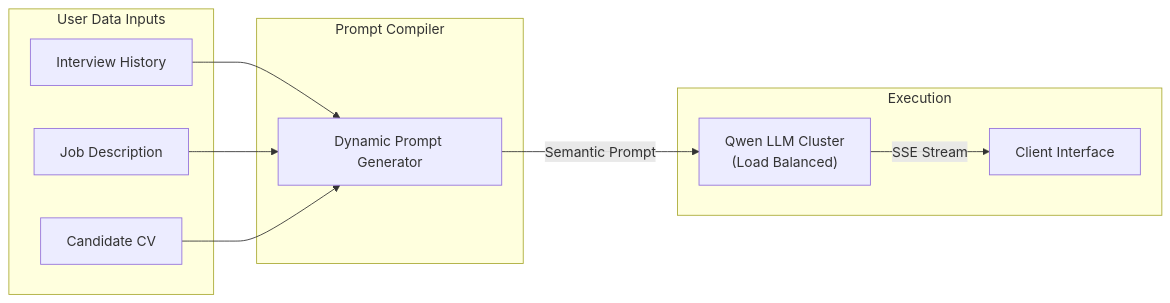
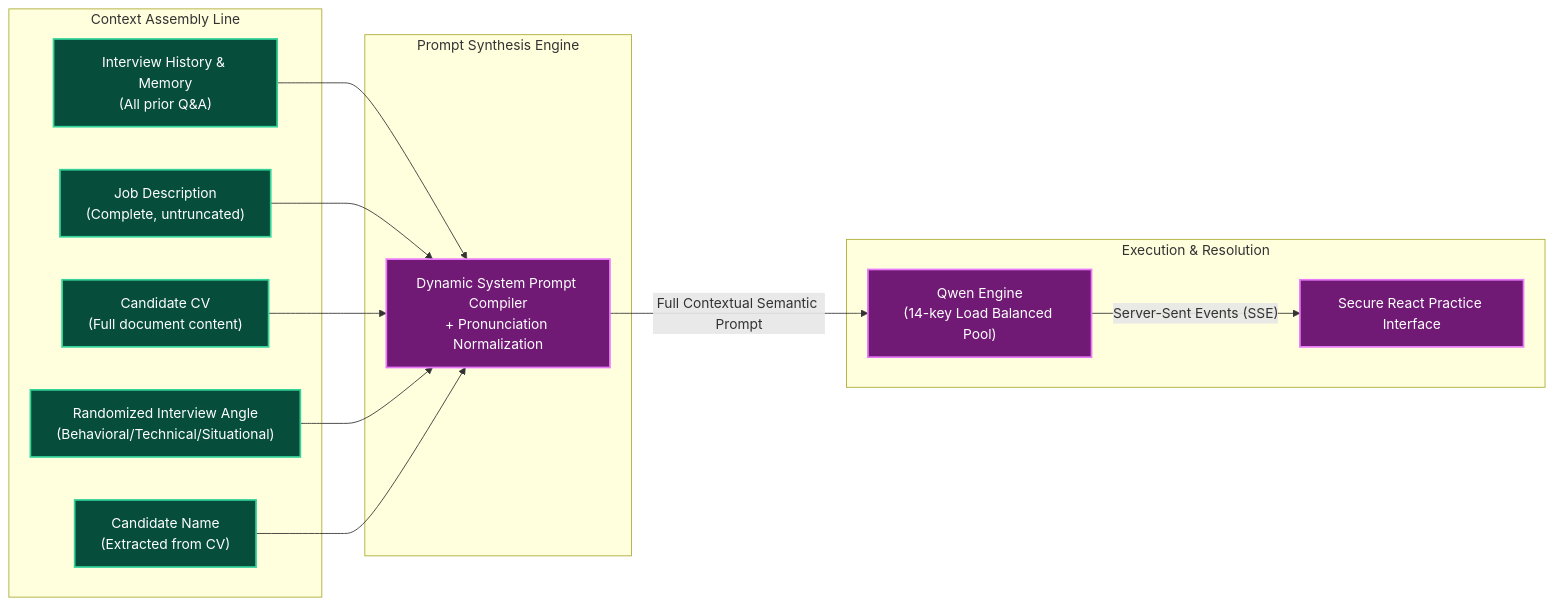
Before and after one commit to ziademad02153/ZEDX-AI-Assistant: the fifth of 8 diagrams in README.md, drawn with Mermaid. The commit also changed other lines of this file, not shown here.

Commit message:
docs: Restore detailed flowcharts with refined technical stack

````diff
--- a/README.md
+++ b/README.md
@@ -90,21 +158,32 @@
 ```mermaid
 graph LR
-    subgraph DataInputs ["User Data Inputs"]
-        HISTORY["Interview History"]
-        JD["Job Description"]
-        RESUME["Candidate CV"]
+    subgraph ContextAssemblyLine ["Context Assembly Line"]
+        HISTORY["Interview History & Memory\n(All prior Q&A)"]
+        JD["Job Description\n(Complete, untruncated)"]
+        RESUME["Candidate CV\n(Full document content)"]
+        ANGLE["Randomized Interview Angle\n(Behavioral/Technical/Situational)"]
+        NAME["Candidate Name\n(Extracted from CV)"]
     end
 
-    subgraph AI_Compiler ["Prompt Compiler"]
-        COMPILER["Dynamic Prompt Generator"]
+    subgraph PromptSynthesisEngine ["Prompt Synthesis Engine"]
+        COMPILER["Dynamic System Prompt Compiler\n+ Pronunciation Normalization"]
         HISTORY --> COMPILER
         JD --> COMPILER
         RESUME --> COMPILER
+        ANGLE --> COMPILER
+        NAME --> COMPILER
     end
 
-    subgraph Execution ["Execution"]
-        LLM["Qwen LLM Cluster\n(Load Balanced)"]
-        COMPILER -- "Semantic Prompt" --> LLM
-        LLM -- "SSE Stream" --> UI["Client Interface"]
+    subgraph ExecutionResolution ["Execution & Resolution"]
+        LLM["Qwen Engine\n(14-key Load Balanced Pool)"]
+        UI["Secure React Practice Interface"]
+        COMPILER -- "Full Contextual Semantic Prompt" --> LLM
+        LLM -- "Server-Sent Events (SSE)" --> UI
     end
+    
+    classDef data fill:#064e3b,stroke:#34d399,stroke-width:2px,color:#fff;
+    classDef engine fill:#701a75,stroke:#e879f9,stroke-width:2px,color:#fff;
+    
+    class HISTORY,JD,RESUME,ANGLE,NAME data;
+    class COMPILER,LLM,UI engine;
 ```
````
